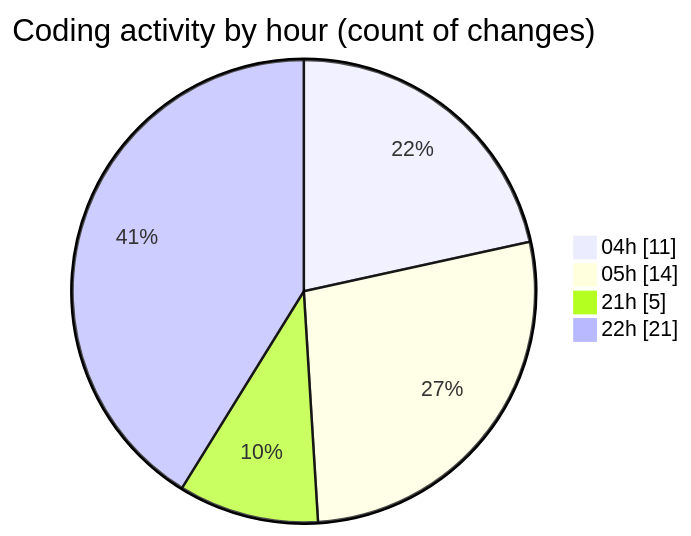
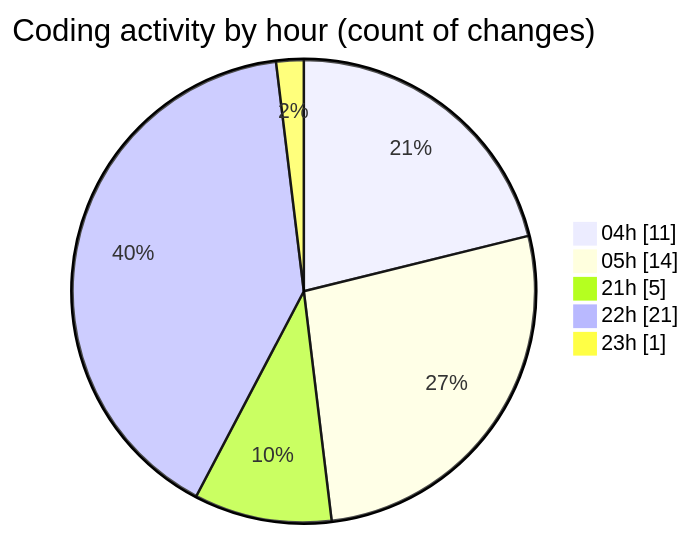
The second of 2 diagrams in 2025-03-27/autodidak/README.md (idhammustaqopulfikri/code-tracking), drawn with Mermaid before and after one commit. The commit also changed other lines of this file and 1 other file, not shown here.

````diff
--- a/2025-03-27/autodidak/README.md
+++ b/2025-03-27/autodidak/README.md
@@ -36,8 +38,9 @@
 ```mermaid
 pie showData
 title Coding activity by hour (count of changes)
 "04h" : 11
 "05h" : 14
 "21h" : 5
 "22h" : 21
+"23h" : 1
 ```
````
